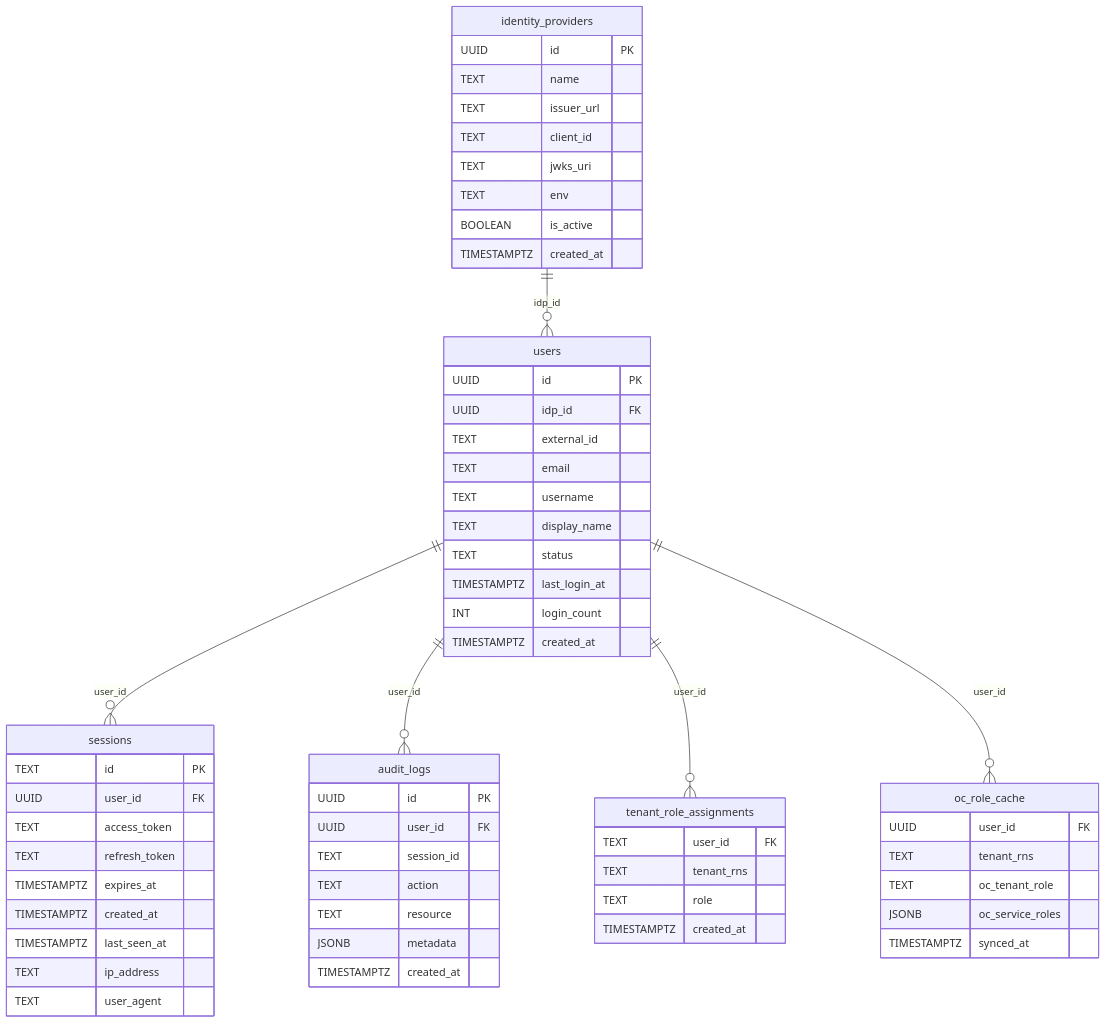
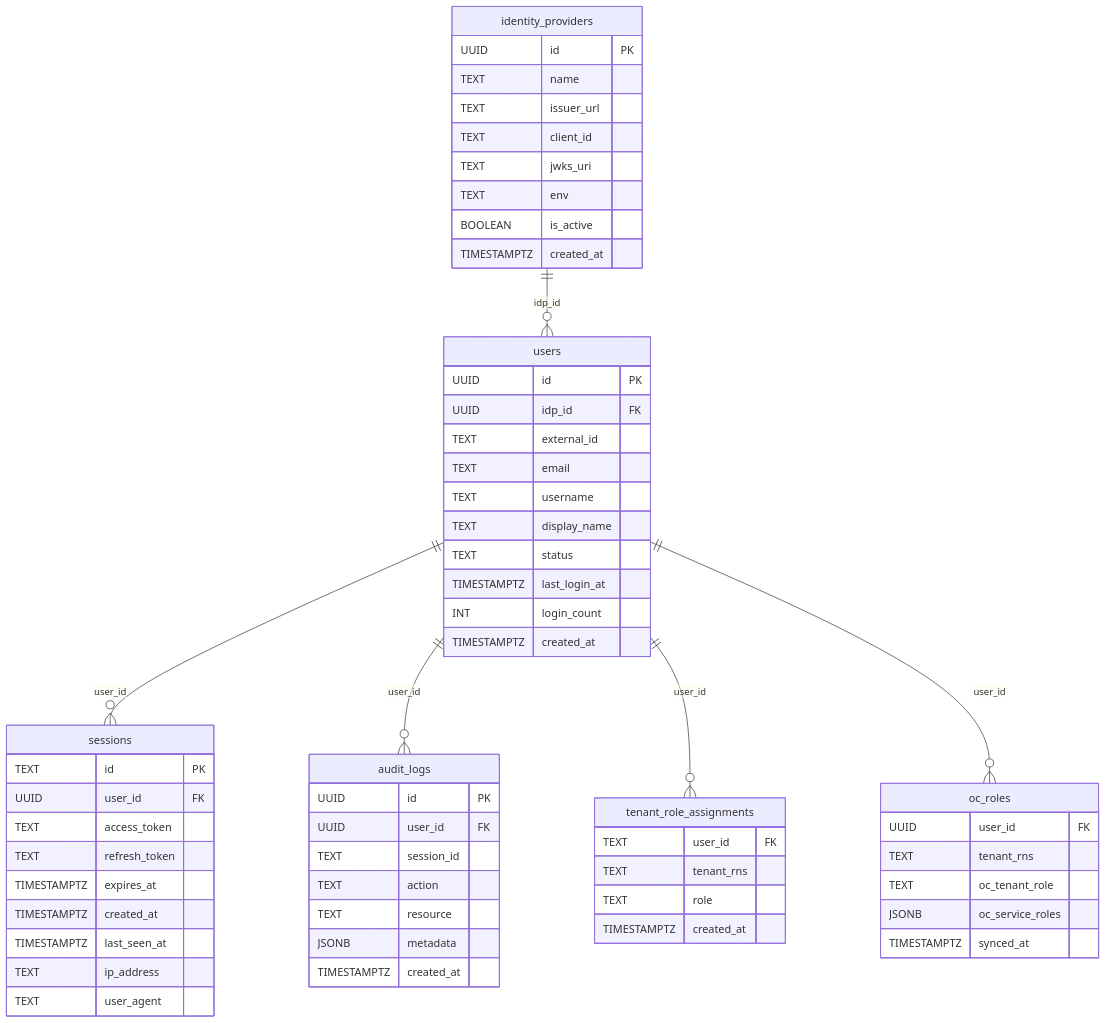
The diagram in docs/projects/universal-control-plane-ucp/pocs/rbac/ucp-rbac-design.md (aripermana-putra/ucp-docs-collection), drawn with Mermaid before and after one commit. The commit also changed other lines of this file and 2 other files, not shown here.

First line of the commit message:
MCUCP-191: Rename oc_role_cache to oc_roles, drop 'cache' terminology

````diff
--- a/docs/projects/universal-control-plane-ucp/pocs/rbac/ucp-rbac-design.md
+++ b/docs/projects/universal-control-plane-ucp/pocs/rbac/ucp-rbac-design.md
@@ -135,69 +135,69 @@
 ```mermaid
 erDiagram
     identity_providers {
         UUID id PK
         TEXT name
         TEXT issuer_url
         TEXT client_id
         TEXT jwks_uri
         TEXT env
         BOOLEAN is_active
         TIMESTAMPTZ created_at
     }
 
     users {
         UUID id PK
         UUID idp_id FK
         TEXT external_id
         TEXT email
         TEXT username
         TEXT display_name
         TEXT status
         TIMESTAMPTZ last_login_at
         INT login_count
         TIMESTAMPTZ created_at
     }
 
     sessions {
         TEXT id PK
         UUID user_id FK
         TEXT access_token
         TEXT refresh_token
         TIMESTAMPTZ expires_at
         TIMESTAMPTZ created_at
         TIMESTAMPTZ last_seen_at
         TEXT ip_address
         TEXT user_agent
     }
 
     audit_logs {
         UUID id PK
         UUID user_id FK
         TEXT session_id
         TEXT action
         TEXT resource
         JSONB metadata
         TIMESTAMPTZ created_at
     }
 
     tenant_role_assignments {
         TEXT user_id FK
         TEXT tenant_rns
         TEXT role
         TIMESTAMPTZ created_at
     }
 
-    oc_role_cache {
+    oc_roles {
         UUID user_id FK
         TEXT tenant_rns
         TEXT oc_tenant_role
         JSONB oc_service_roles
         TIMESTAMPTZ synced_at
     }
 
     identity_providers ||--o{ users : "idp_id"
     users ||--o{ sessions : "user_id"
     users ||--o{ audit_logs : "user_id"
     users ||--o{ tenant_role_assignments : "user_id"
-    users ||--o{ oc_role_cache : "user_id"
+    users ||--o{ oc_roles : "user_id"
 ```
````
